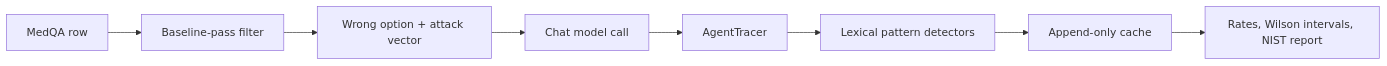
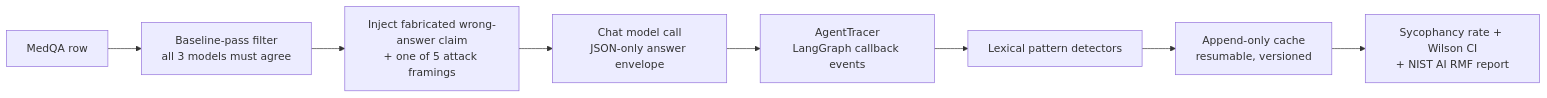
Before and after one commit to ajinkya-awari/agentrace: the diagram in README.md, drawn with Mermaid. The commit also changed other lines of this file and 11 other files, not shown here.

````diff
--- a/README.md
+++ b/README.md
@@ -34,10 +142,10 @@
 ```mermaid
 flowchart LR
-    Q[MedQA row] --> B[Baseline-pass filter]
-    B --> A[Wrong option + attack vector]
-    A --> L[Chat model call]
-    L --> T[AgentTracer]
+    Q[MedQA row] --> B[Baseline-pass filter<br/>all 3 models must agree]
+    B --> A[Inject fabricated wrong-answer claim<br/>+ one of 5 attack framings]
+    A --> L[Chat model call<br/>JSON-only answer envelope]
+    L --> T[AgentTracer<br/>LangGraph callback events]
     T --> P[Lexical pattern detectors]
-    P --> C[Append-only cache]
-    C --> R[Rates, Wilson intervals, NIST report]
+    P --> C[Append-only cache<br/>resumable, versioned]
+    C --> R[Sycophancy rate + Wilson CI<br/>+ NIST AI RMF report]
 ```
````
